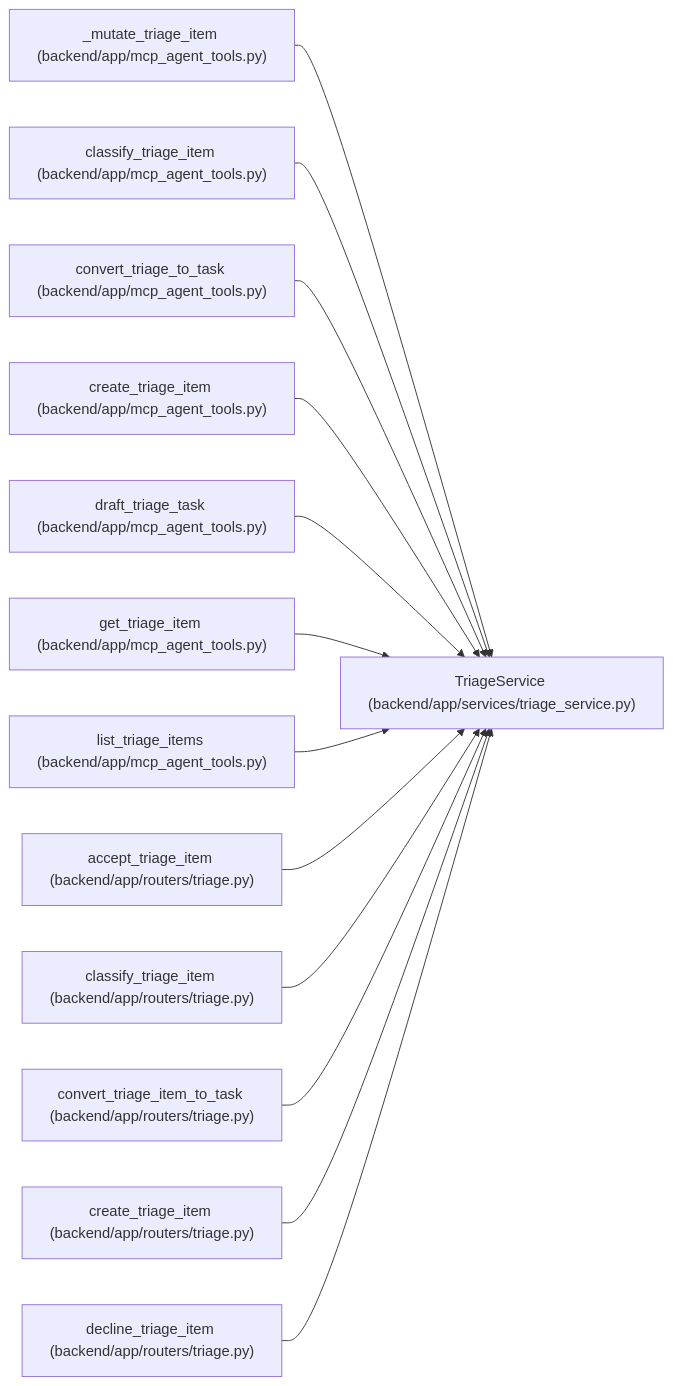
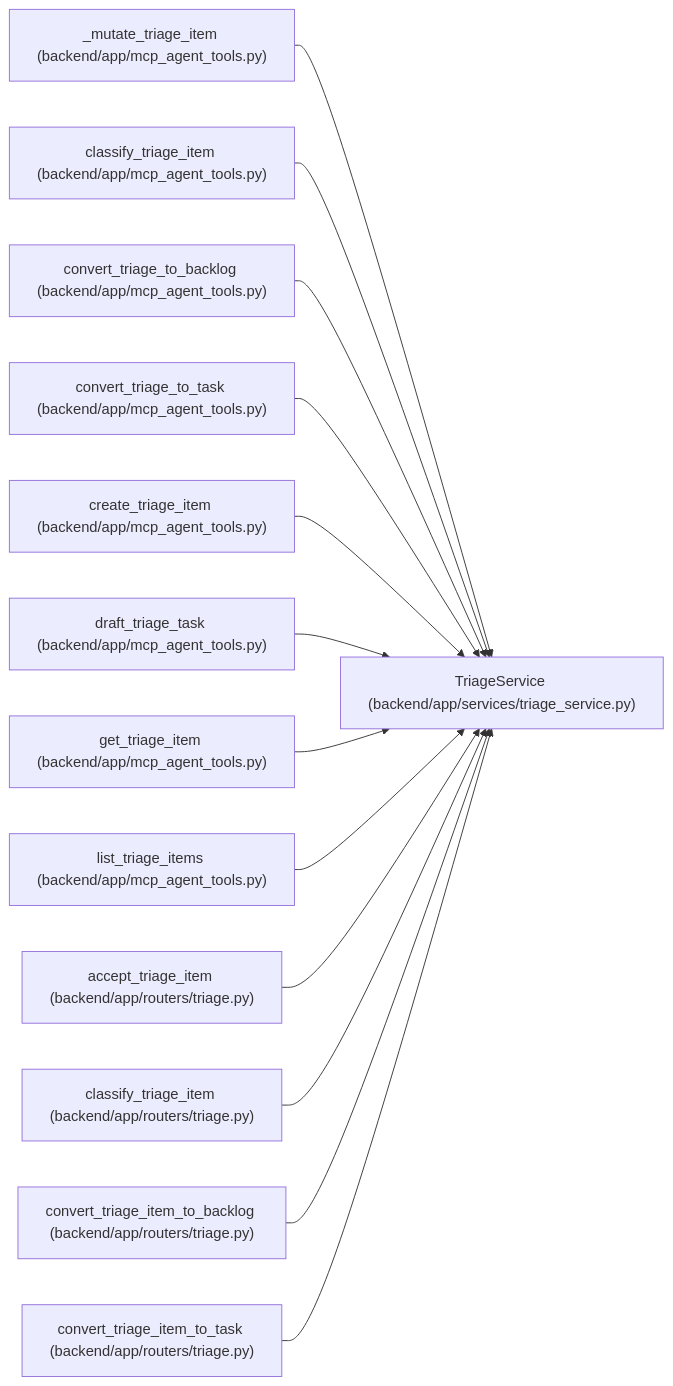
One commit to Denissvgn/WorkChord changed the diagram in docs/llm_wiki/entities/TriageService.md. Above: the diagram before and after it, drawn with Mermaid. The commit also changed other lines of this file and 1238 other files, not shown here.

First line of the commit message:
docs(wiki): publish compact canonical domain architecture

````diff
--- a/docs/llm_wiki/entities/TriageService.md
+++ b/docs/llm_wiki/entities/TriageService.md
@@ -74,41 +74,41 @@
 ```mermaid
 flowchart LR
     n0["TriageService (backend/app/services/triage_service.py)"]
     n1["_mutate_triage_item (backend/app/mcp_agent_tools.py)"]
     n2["classify_triage_item (backend/app/mcp_agent_tools.py)"]
-    n3["convert_triage_to_task (backend/app/mcp_agent_tools.py)"]
-    n4["create_triage_item (backend/app/mcp_agent_tools.py)"]
-    n5["draft_triage_task (backend/app/mcp_agent_tools.py)"]
-    n6["get_triage_item (backend/app/mcp_agent_tools.py)"]
-    n7["list_triage_items (backend/app/mcp_agent_tools.py)"]
-    n8["accept_triage_item (backend/app/routers/triage.py)"]
-    n9["classify_triage_item (backend/app/routers/triage.py)"]
-    n10["convert_triage_item_to_task (backend/app/routers/triage.py)"]
-    n11["create_triage_item (backend/app/routers/triage.py)"]
-    n12["decline_triage_item (backend/app/routers/triage.py)"]
+    n3["convert_triage_to_backlog (backend/app/mcp_agent_tools.py)"]
+    n4["convert_triage_to_task (backend/app/mcp_agent_tools.py)"]
+    n5["create_triage_item (backend/app/mcp_agent_tools.py)"]
+    n6["draft_triage_task (backend/app/mcp_agent_tools.py)"]
+    n7["get_triage_item (backend/app/mcp_agent_tools.py)"]
+    n8["list_triage_items (backend/app/mcp_agent_tools.py)"]
+    n9["accept_triage_item (backend/app/routers/triage.py)"]
+    n10["classify_triage_item (backend/app/routers/triage.py)"]
+    n11["convert_triage_item_to_backlog (backend/app/routers/triage.py)"]
+    n12["convert_triage_item_to_task (backend/app/routers/triage.py)"]
     n1 --> n0
     n2 --> n0
     n3 --> n0
     n4 --> n0
     n5 --> n0
     n6 --> n0
     n7 --> n0
     n8 --> n0
     n9 --> n0
     n10 --> n0
     n11 --> n0
     n12 --> n0
     click n0 "../modules/triage_service.md"
     click n1 "../modules/mcp_agent_tools.md"
     click n2 "../modules/mcp_agent_tools.md"
     click n3 "../modules/mcp_agent_tools.md"
     click n4 "../modules/mcp_agent_tools.md"
     click n5 "../modules/mcp_agent_tools.md"
     click n6 "../modules/mcp_agent_tools.md"
     click n7 "../modules/mcp_agent_tools.md"
-    click n8 "../modules/routers_triage.md"
+    click n8 "../modules/mcp_agent_tools.md"
     click n9 "../modules/routers_triage.md"
     click n10 "../modules/routers_triage.md"
     click n11 "../modules/routers_triage.md"
     click n12 "../modules/routers_triage.md"
 ```
````
